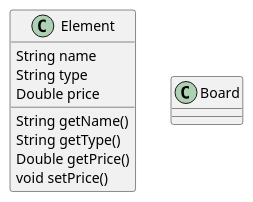
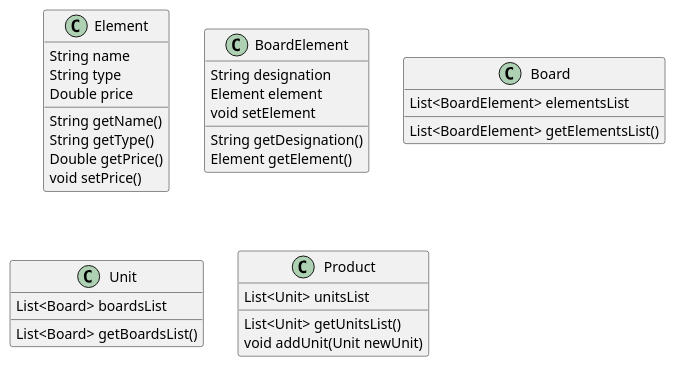
Before and after one commit to BajanovVladimir/accountingOfServiceWorks: the diagram in src/main/java/ASWUMLClasses.puml, drawn with PlantUML. The commit also changed 2 other files, not shown here.

Commit message:
Created UML diagrams

```diff
--- a/src/main/java/ASWUMLClasses.puml
+++ b/src/main/java/ASWUMLClasses.puml
@@ -1,16 +1,36 @@
 @startuml
 'https://plantuml.com/class-diagram
 Class Element{
  String name
  String type
  Double price
  String getName()
  String getType()
  Double getPrice()
  void setPrice()
 }
 
-Class Board{
+Class BoardElement{
+ String designation
+ Element element
+ String getDesignation()
+ Element getElement()
+ void setElement
 }
 
+Class Board{
+ List<BoardElement> elementsList
+ List<BoardElement> getElementsList()
+}
+
+Class Unit{
+ List<Board> boardsList
+ List<Board> getBoardsList()
+}
+
+Class Product{
+ List<Unit> unitsList
+ List<Unit> getUnitsList()
+ void addUnit(Unit newUnit)
+}
 @enduml
```
